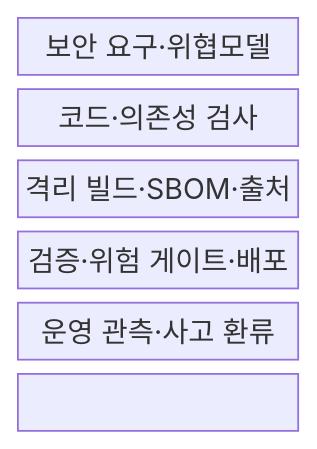
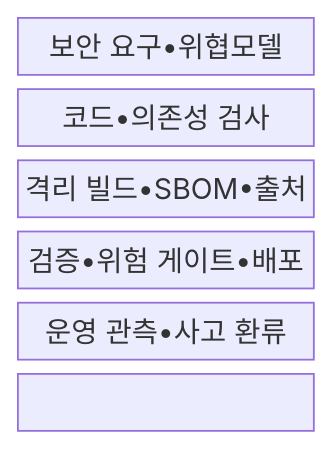
One commit to agnusdei1207/knowledge-base changed the first of 2 diagrams in src/content/docs/notes/05-security/144_devsecops_shift_left.md. Above: the diagram before and after it, drawn with Mermaid. The commit also changed other lines of this file and 953 other files, not shown here.

````diff
--- a/src/content/docs/notes/05-security/144_devsecops_shift_left.md
+++ b/src/content/docs/notes/05-security/144_devsecops_shift_left.md
@@ -67,11 +67,11 @@
 ```mermaid
 block-beta
   columns 1
-  R["보안 요구·위협모델"]
-  C["코드·의존성 검사"]
-  B["격리 빌드·SBOM·출처"]
-  G["검증·위험 게이트·배포"]
-  O["운영 관측·사고 환류"]
+  R["보안 요구•위협모델"]
+  C["코드•의존성 검사"]
+  B["격리 빌드•SBOM•출처"]
+  G["검증•위험 게이트•배포"]
+  O["운영 관측•사고 환류"]
   R --- C --- B
   B --- G --- O
 ```
````
